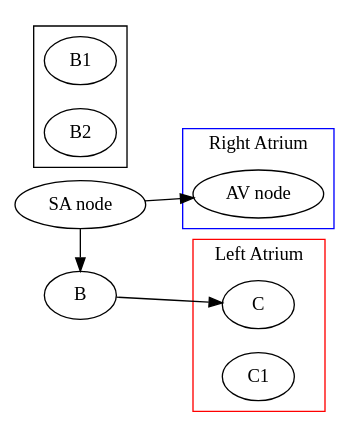
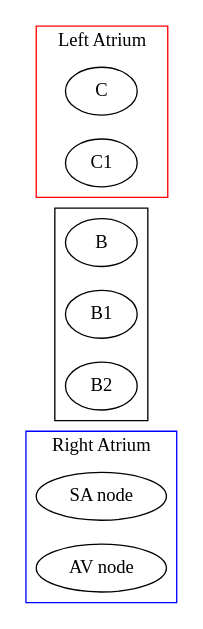
Before and after one commit to meirisoda/school_spring2024: the second of 2 diagrams in NURS380_Practicum/Topics/EKG/EKG and Rhythms.md, drawn with Graphviz.

Commit message:
vault backup: 2024-02-19 17:54:27

````diff
--- a/NURS380_Practicum/Topics/EKG/EKG and Rhythms.md
+++ b/NURS380_Practicum/Topics/EKG/EKG and Rhythms.md
@@ -209,38 +209,38 @@
 ```dot
 digraph g{
 	rankdir = LR;
 	node [shape = ellipse]
 	
-	A->B->C;
+
 
 	subgraph cluster0{
 		shape=rect;
 		rank=same;
 		color=blue;
 		label="Right Atrium";
 		
 		A [label="SA node"];
 		A1 [label="AV node"];
-		A -> A1
+		
+		
 	}
 	
 	subgraph cluster1{
 		shape = rect;
 		rank=same;
 		B;
 		B1;
 		B2;
 	}
 
 	subgraph cluster2 {
 		shape=rect;
 		rank=same;
 		color=red;
 		label="Left Atrium";
 		
 		C;
 		C1;
 	}
-{rank=same; A; B;}
 }
 ```
````
